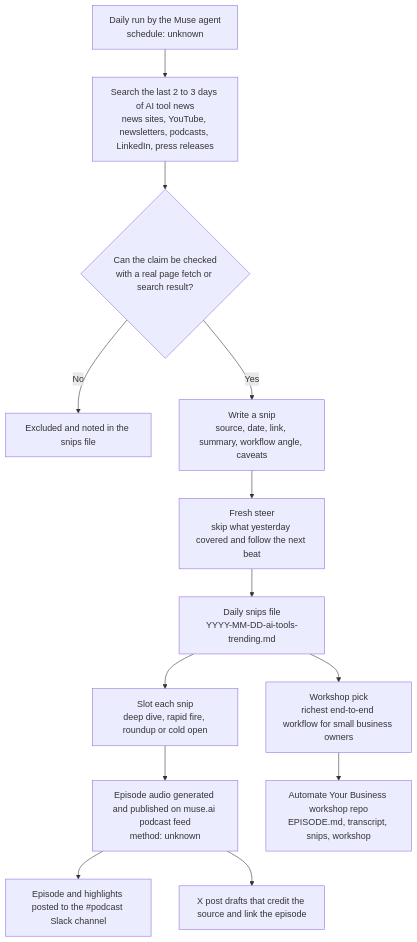
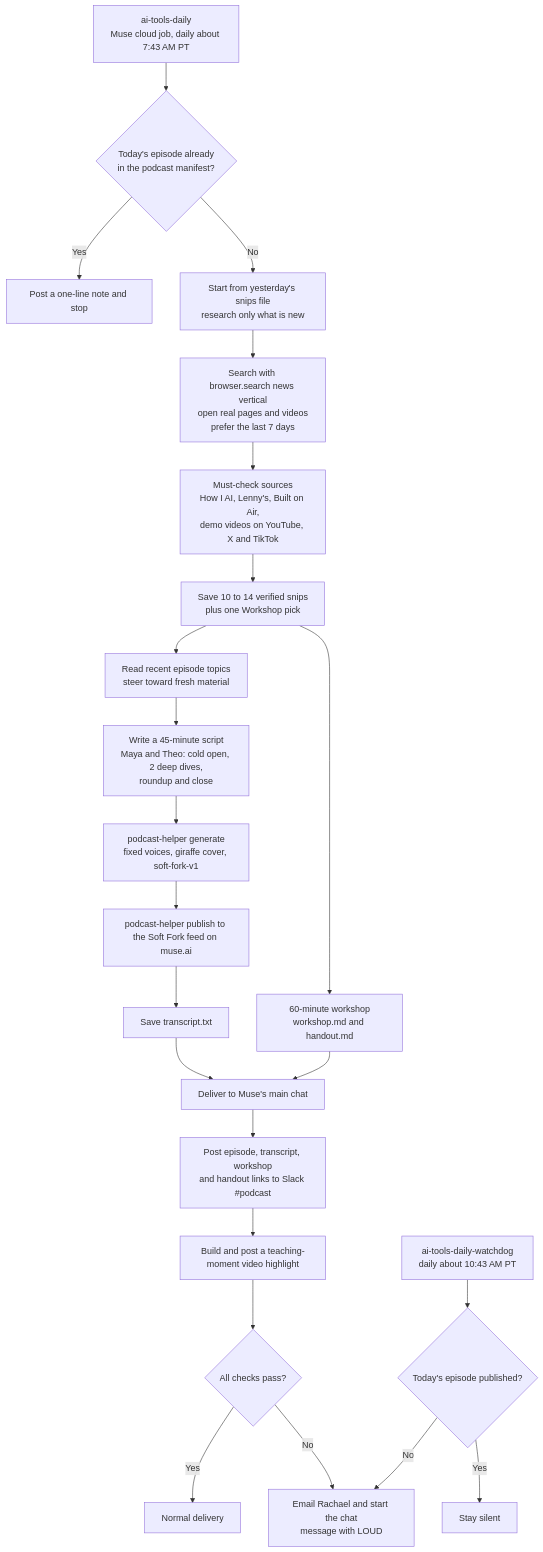
One commit to RachaelQuisel/soft-fork changed the diagram in docs/workflow.md. Above: the diagram before and after it, drawn with Mermaid. The commit also changed other lines of this file and 3 other files, not shown here.

Commit message:
Add Muse's Soft Fork prompts and update the explanation to match

````diff
--- a/docs/workflow.md
+++ b/docs/workflow.md
@@ -5,15 +5,25 @@
 ```mermaid
 flowchart TD
-    A[Daily run by the Muse agent<br/>schedule: unknown] --> B[Search the last 2 to 3 days of AI tool news<br/>news sites, YouTube, newsletters, podcasts, LinkedIn, press releases]
-    B --> C{Can the claim be checked<br/>with a real page fetch or search result?}
-    C -- No --> X[Excluded and noted in the snips file]
-    C -- Yes --> D[Write a snip<br/>source, date, link, summary, workflow angle, caveats]
-    D --> E[Fresh steer<br/>skip what yesterday covered and follow the next beat]
-    E --> F[Daily snips file<br/>YYYY-MM-DD-ai-tools-trending.md]
-    F --> G[Slot each snip<br/>deep dive, rapid fire, roundup or cold open]
-    F --> H[Workshop pick<br/>richest end-to-end workflow for small business owners]
-    G --> I[Episode audio generated and published on muse.ai podcast feed<br/>method: unknown]
-    I --> J[Episode and highlights posted to the #podcast Slack channel]
-    H --> K[Automate Your Business workshop repo<br/>EPISODE.md, transcript, snips, workshop]
-    I --> L[X post drafts that credit the source and link the episode]
+    A[ai-tools-daily<br/>Muse cloud job, daily about 7:43 AM PT] --> B{Today's episode already<br/>in the podcast manifest?}
+    B -- Yes --> Z[Post a one-line note and stop]
+    B -- No --> C[Start from yesterday's snips file<br/>research only what is new]
+    C --> D[Search with browser.search news vertical<br/>open real pages and videos<br/>prefer the last 7 days]
+    D --> E[Must-check sources<br/>How I AI, Lenny's, Built on Air,<br/>demo videos on YouTube, X and TikTok]
+    E --> F[Save 10 to 14 verified snips<br/>plus one Workshop pick]
+    F --> G[Read recent episode topics<br/>steer toward fresh material]
+    G --> H[Write a 45-minute script<br/>Maya and Theo: cold open, 2 deep dives,<br/>roundup and close]
+    H --> I[podcast-helper generate<br/>fixed voices, giraffe cover, soft-fork-v1]
+    I --> J[podcast-helper publish to the Soft Fork feed on muse.ai]
+    J --> K[Save transcript.txt]
+    F --> L[60-minute workshop<br/>workshop.md and handout.md]
+    K --> M[Deliver to Muse's main chat]
+    L --> M
+    M --> N[Post episode, transcript, workshop<br/>and handout links to Slack #podcast]
+    N --> O[Build and post a teaching-moment video highlight]
+    O --> P{All checks pass?}
+    P -- Yes --> Q[Normal delivery]
+    P -- No --> R[Email Rachael and start the chat<br/>message with LOUD]
+    S[ai-tools-daily-watchdog<br/>daily about 10:43 AM PT] --> T{Today's episode published?}
+    T -- Yes --> U[Stay silent]
+    T -- No --> R
 ```
````
